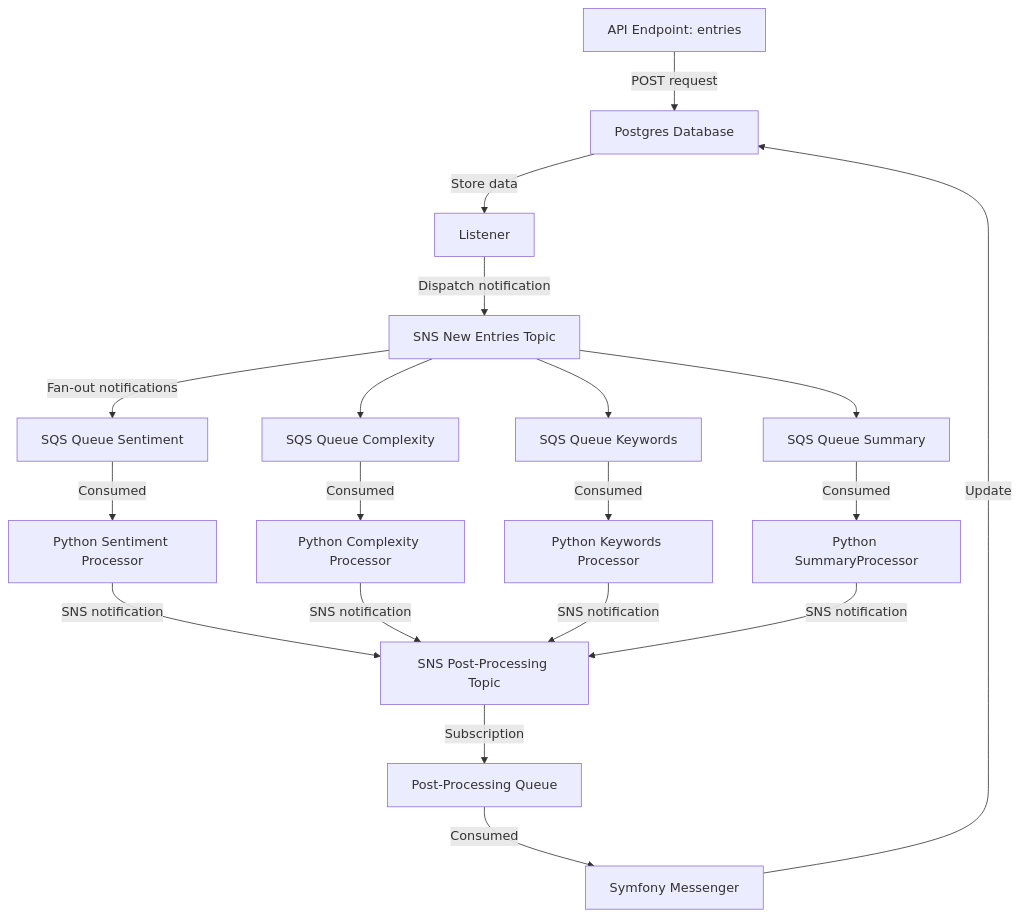
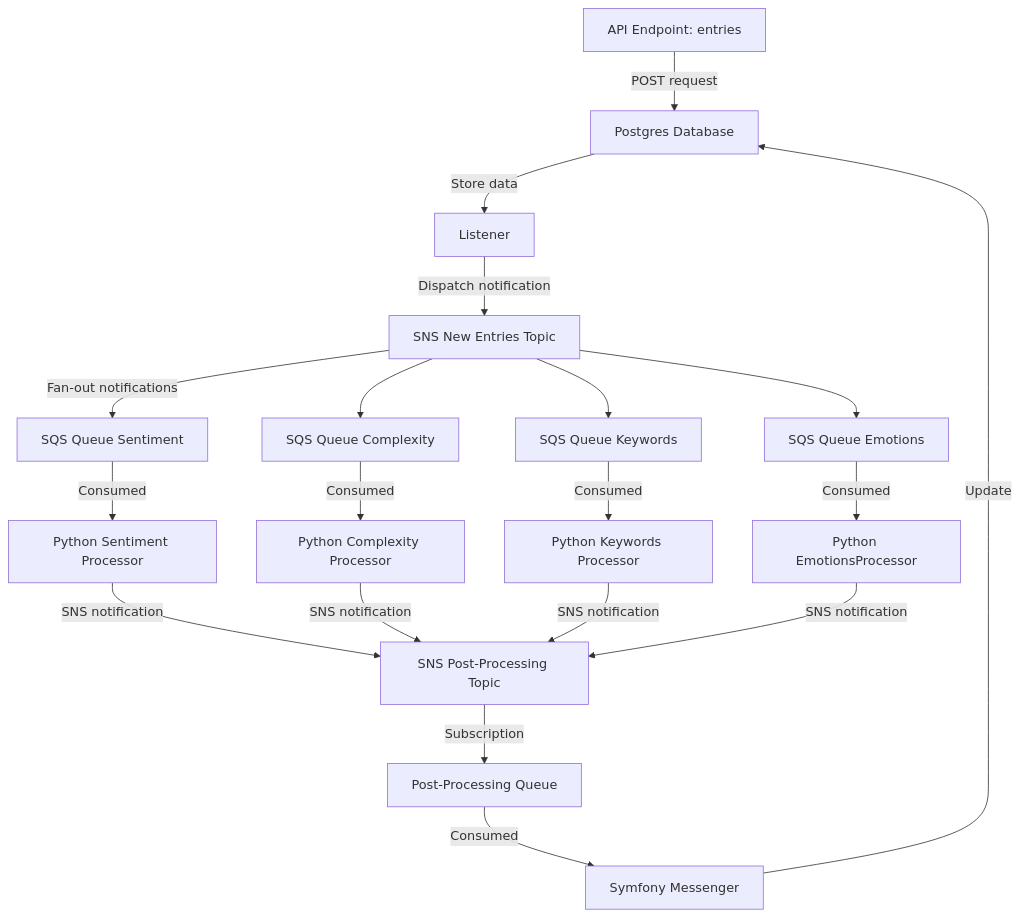
Before and after one commit to moooood-app/moooood: the first of 2 diagrams in README.md, drawn with Mermaid. The commit also changed 61 other files, not shown here.

Commit message:
Refactor Python processors and introduce a new emotions processor

````diff
--- a/README.md
+++ b/README.md
@@ -11,21 +11,21 @@
 ```mermaid
 graph TD
     A[API Endpoint: entries] -->|POST request| B[Postgres Database]
     B -->|Store data| C[Listener]
     C -->|Dispatch notification| D[SNS New Entries Topic]
     D -->|Fan-out notifications| E1[SQS Queue Sentiment]
     D --> E2[SQS Queue Complexity]
     D --> E3[SQS Queue Keywords]
-    D --> E4[SQS Queue Summary]
+    D --> E4[SQS Queue Emotions]
     E1 -->|Consumed| F1[Python Sentiment Processor]
     E2 -->|Consumed| F2[Python Complexity Processor]
     E3 -->|Consumed| F3[Python Keywords Processor]
-    E4 -->|Consumed| F4[Python SummaryProcessor]
+    E4 -->|Consumed| F4[Python EmotionsProcessor]
     F1 -->|SNS notification| G[SNS Post-Processing Topic]
     F2 -->|SNS notification| G
     F3 -->|SNS notification| G
     F4 -->|SNS notification| G
     G -->|Subscription| H[Post-Processing Queue]
     H -->|Consumed| I[Symfony Messenger]
     I -->|Update| B
 ```
````
